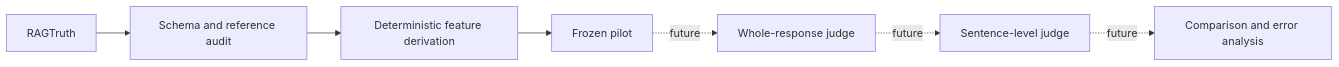
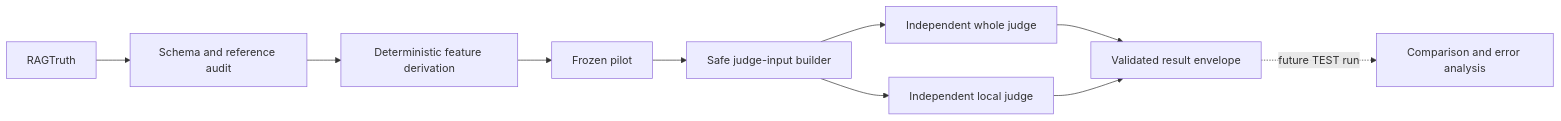
Before and after one commit to mingyang-ow/EvalProbe: the diagram in README.md, drawn with Mermaid. The commit also changed other lines of this file and 26 other files, not shown here.

````diff
--- a/README.md
+++ b/README.md
@@ -15,9 +20,12 @@
 ```mermaid
 flowchart LR
     A[RAGTruth] --> B[Schema and reference audit]
     B --> C[Deterministic feature derivation]
     C --> D[Frozen pilot]
-    D -. future .-> E[Whole-response judge]
-    E -. future .-> F[Sentence-level judge]
-    F -. future .-> G[Comparison and error analysis]
+    D --> E[Safe judge-input builder]
+    E --> F[Independent whole judge]
+    E --> G[Independent local judge]
+    F --> H[Validated result envelope]
+    G --> H
+    H -. future TEST run .-> I[Comparison and error analysis]
 ```
````
